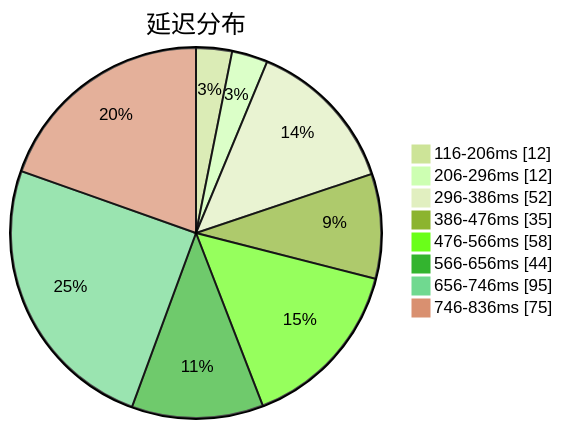
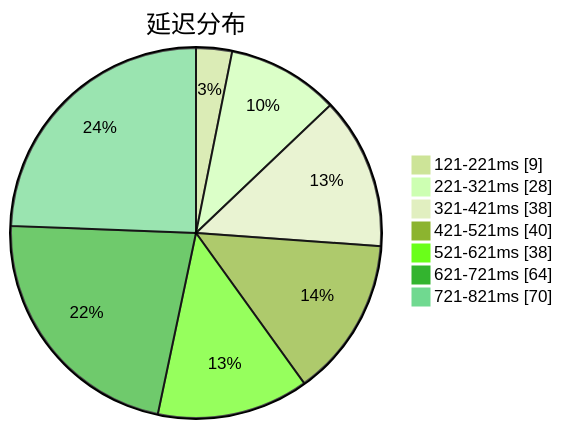
Before and after one commit to sinspired/airport: the first of 3 diagrams in subs/statistics/tested_within.md, drawn with Mermaid (forest theme). The commit also changed other lines of this file and 2 other files, not shown here.

````diff
--- a/subs/statistics/tested_within.md
+++ b/subs/statistics/tested_within.md
@@ -2,12 +2,11 @@
 ```mermaid
 pie showData
 title 延迟分布
-"116-206ms" : 12
-"206-296ms" : 12
-"296-386ms" : 52
-"386-476ms" : 35
-"476-566ms" : 58
-"566-656ms" : 44
-"656-746ms" : 95
-"746-836ms" : 75
+"121-221ms" : 9
+"221-321ms" : 28
+"321-421ms" : 38
+"421-521ms" : 40
+"521-621ms" : 38
+"621-721ms" : 64
+"721-821ms" : 70
 ```
````
